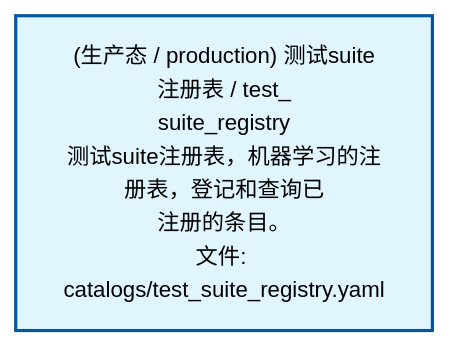
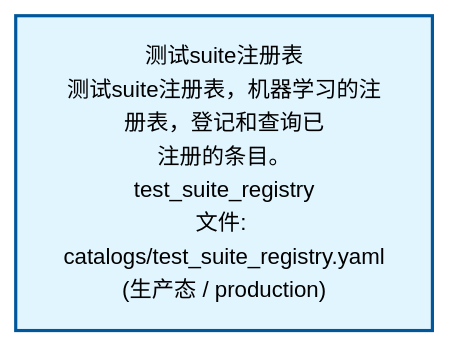
One commit to xuanFelixVan/ZephyrAlpha changed the first of 2 diagrams in docs/02_enterprise_architecture/02_domain_architecture_docs/33_d_audittest.md. Above: the diagram before and after it, drawn with Mermaid. The commit also changed other lines of this file and 62 other files, not shown here.

````diff
--- a/docs/02_enterprise_architecture/02_domain_architecture_docs/33_d_audittest.md
+++ b/docs/02_enterprise_architecture/02_domain_architecture_docs/33_d_audittest.md
@@ -53,10 +53,10 @@
 ```mermaid
 %%{init: {'theme': 'base', 'themeVariables': {'primaryColor': '#eaeaea', 'primaryTextColor': '#333333', 'primaryBorderColor': '#666666', 'lineColor': '#666666', 'secondaryColor': '#eaeaea', 'tertiaryColor': '#eaeaea', 'fontSize': '14px'}}}%%
 flowchart TD
-    docs_01_policies_and_standards_registry_catalogs_test_suite_registry_yaml["(生产态 / production) 测试suite注册表 / test_<br/>suite_registry<br/>测试suite注册表，机器学习的注册表，登记和查询已<br/>注册的条目。<br/>文件: catalogs/test_suite_registry.yaml"]
+    docs_01_policies_and_standards_registry_catalogs_test_suite_registry_yaml["测试suite注册表<br/>测试suite注册表，机器学习的注册表，登记和查询已<br/>注册的条目。<br/>test_suite_registry<br/>文件: catalogs/test_suite_registry.yaml<br/>(生产态 / production)"]
     classDef production fill:#e1f5fe,stroke:#01579b,stroke-width:2px,color:#000
     classDef design fill:#fff3e0,stroke:#e65100,stroke-width:2px,color:#000,stroke-dasharray: 5 5
     classDef external_prod fill:#e8f4fd,stroke:#0277bd,stroke-width:1px,color:#000
     classDef external_design fill:#fff8e7,stroke:#ef6c00,stroke-width:1px,color:#000,stroke-dasharray: 5 5
     class docs_01_policies_and_standards_registry_catalogs_test_suite_registry_yaml production
 ```
````
